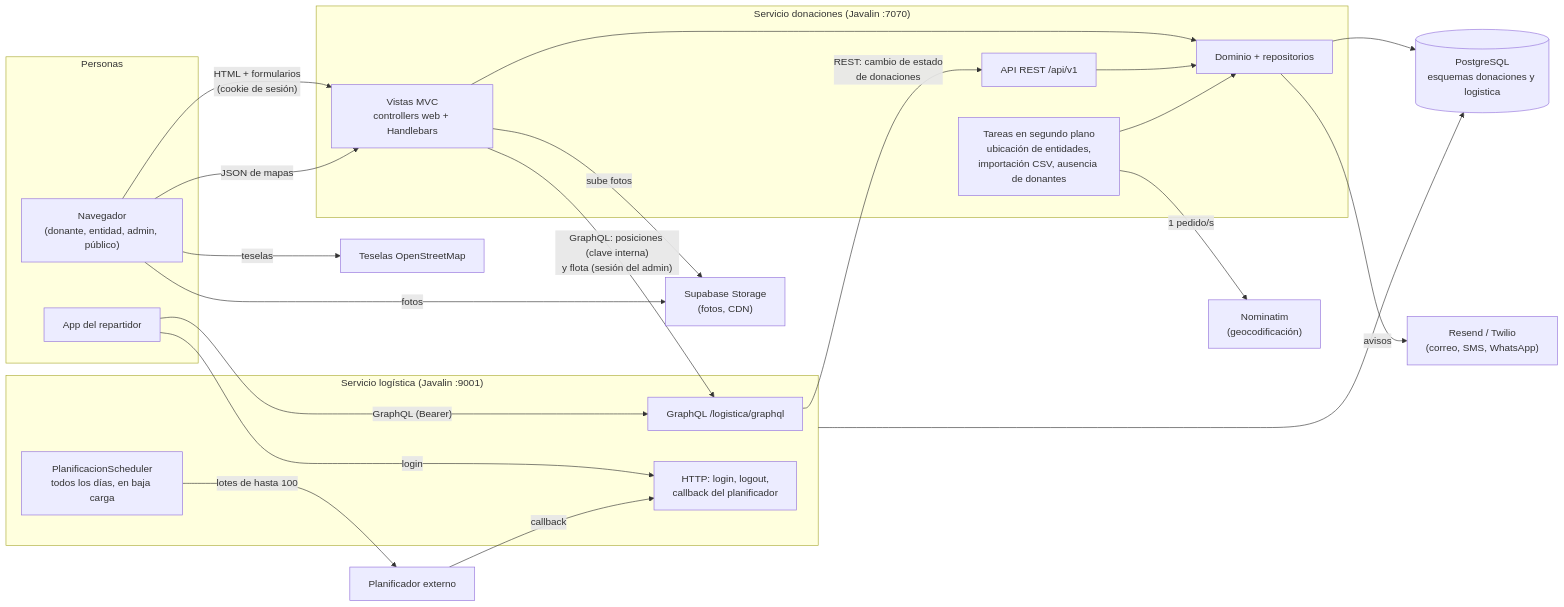
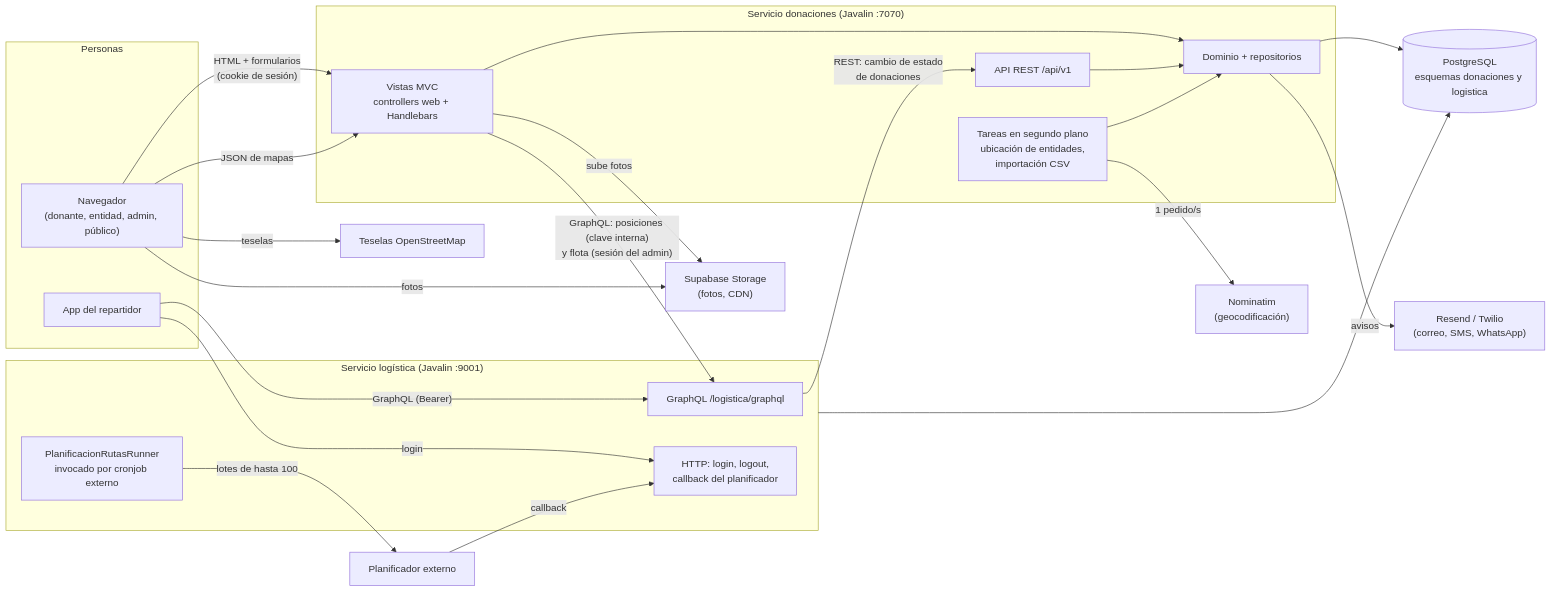
Before and after one commit to eonishi/tp-dds-2026-donatrack: the diagram in docs/README.md, drawn with Mermaid. The commit also changed 8 other files, not shown here.

````diff
--- a/docs/README.md
+++ b/docs/README.md
@@ -145,46 +145,46 @@
 ```mermaid
 flowchart LR
     subgraph Personas
         N["Navegador<br/>(donante, entidad, admin, público)"]
         R["App del repartidor"]
     end
 
     subgraph donaciones["Servicio donaciones (Javalin :7070)"]
         MVC["Vistas MVC<br/>controllers web + Handlebars"]
         API["API REST /api/v1"]
         DOM["Dominio + repositorios"]
-        TAR["Tareas en segundo plano<br/>ubicación de entidades,<br/>importación CSV, ausencia de donantes"]
+        TAR["Tareas en segundo plano<br/>ubicación de entidades,<br/>importación CSV"]
         MVC --> DOM
         API --> DOM
         TAR --> DOM
     end
 
     subgraph logistica["Servicio logística (Javalin :9001)"]
         GQL["GraphQL /logistica/graphql"]
         CB["HTTP: login, logout,<br/>callback del planificador"]
-        SCH["PlanificacionScheduler<br/>todos los días, en baja carga"]
+        SCH["PlanificacionRutasRunner<br/>invocado por cronjob externo"]
     end
 
     PG[("PostgreSQL<br/>esquemas donaciones y logistica")]
     SUP["Supabase Storage<br/>(fotos, CDN)"]
     NOM["Nominatim<br/>(geocodificación)"]
     MSG["Resend / Twilio<br/>(correo, SMS, WhatsApp)"]
     OSM["Teselas OpenStreetMap"]
     PLA["Planificador externo"]
 
     N -- "HTML + formularios<br/>(cookie de sesión)" --> MVC
     N -- "JSON de mapas" --> MVC
     N -- "teselas" --> OSM
     N -- "fotos" --> SUP
     R -- "GraphQL (Bearer)" --> GQL
     R -- "login" --> CB
     MVC -- "GraphQL: posiciones (clave interna)<br/>y flota (sesión del admin)" --> GQL
     GQL -- "REST: cambio de estado<br/>de donaciones" --> API
     SCH -- "lotes de hasta 100" --> PLA
     PLA -- "callback" --> CB
     DOM --> PG
     logistica --> PG
     MVC -- "sube fotos" --> SUP
     TAR -- "1 pedido/s" --> NOM
     DOM -- "avisos" --> MSG
 ```
````
